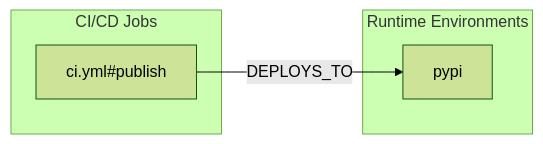
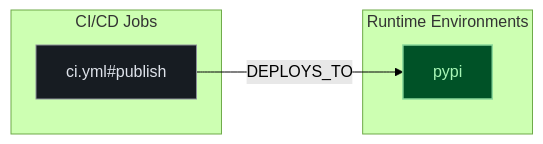
Before and after one commit to kumarshaz/atruss-code-atlas: the second of 3 diagrams in exports/latest/reports/supabase-supabase-py-report.md, drawn with Mermaid (forest theme). The commit also changed other lines of this file and 331 other files, not shown here.

Commit message:
docs,ui,fix: update SDLC docs, reorder CI/CD DAG first, stylize Mermaid, and fix Arc42 pipeline topology

````diff
--- a/exports/latest/reports/supabase-supabase-py-report.md
+++ b/exports/latest/reports/supabase-supabase-py-report.md
@@ -206,10 +213,14 @@
 ```mermaid
 flowchart LR
+    classDef atlasCategory fill:#212428,stroke:#E87A48,stroke-width:1.5px,color:#dfe3eb
+    classDef atlasWorkflow fill:#1b2026,stroke:#a3c9ff,stroke-width:1.5px,color:#dfe3eb
+    classDef atlasJob fill:#171c22,stroke:#8d9199,stroke-width:1px,color:#dfe3eb
+    classDef atlasTarget fill:#005227,stroke:#8bd99b,stroke-width:1.5px,color:#a7f6b6
     subgraph ci_jobs["CI/CD Jobs"]
-        job_ci_yml_publish["ci.yml#publish"]
+        job_ci_yml_publish["ci.yml#publish"]:::atlasJob
     end
     subgraph runtime_envs["Runtime Environments"]
-        env_pypi["pypi"]
+        env_pypi["pypi"]:::atlasTarget
     end
     job_ci_yml_publish -->|DEPLOYS_TO| env_pypi
 ```
````
